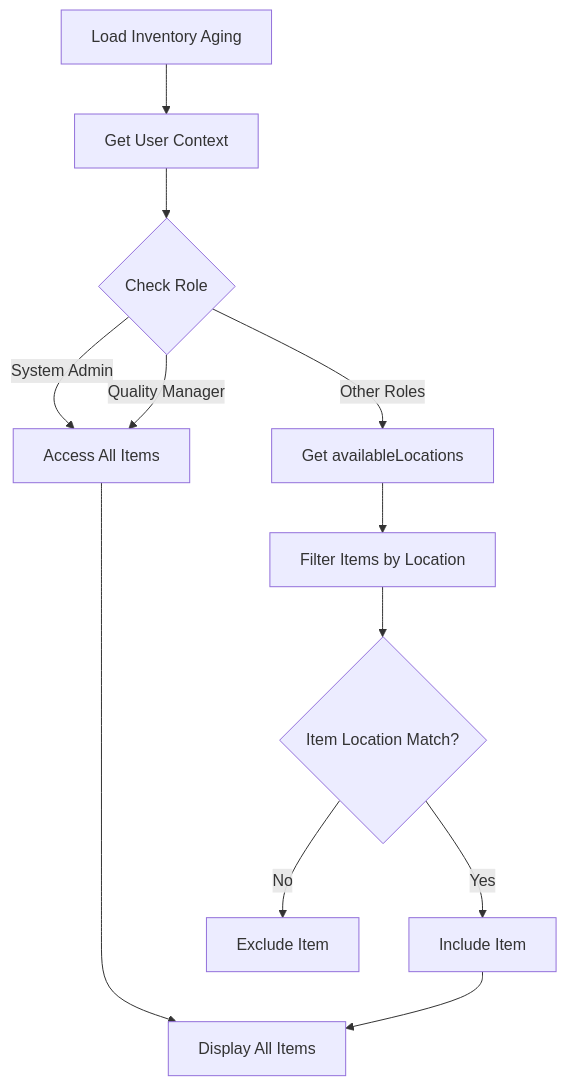
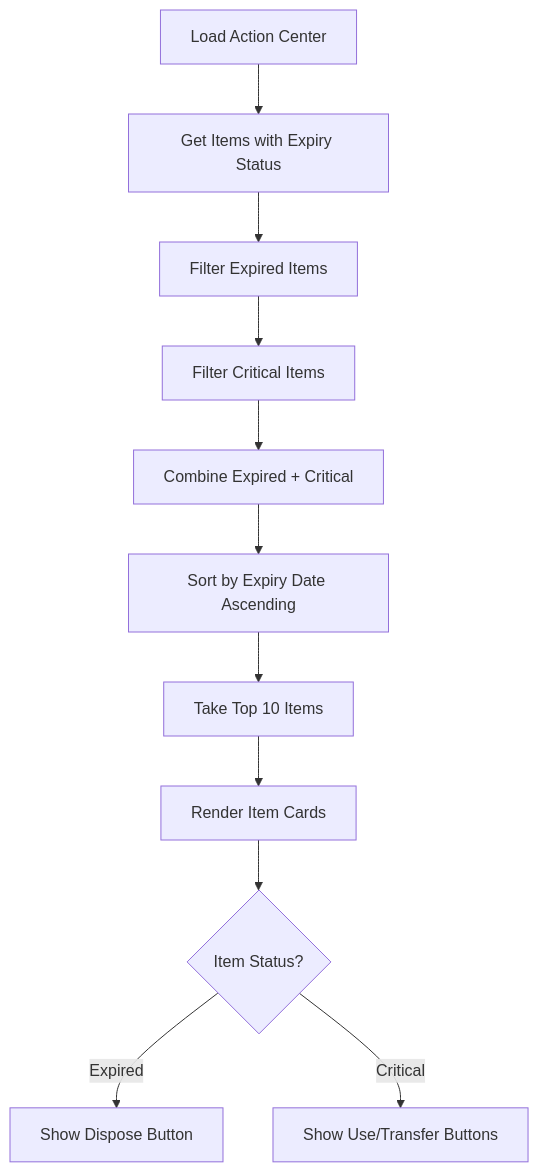
Diagram 17 of 23 in docs/app/inventory-management/stock-overview/inventory-aging/FD-inventory-aging.md (PeakMNA/carmen), drawn with Mermaid before and after one commit. The commit also changed other lines of this file and 473 other files, not shown here.

````diff
--- a/docs/app/inventory-management/stock-overview/inventory-aging/FD-inventory-aging.md
+++ b/docs/app/inventory-management/stock-overview/inventory-aging/FD-inventory-aging.md
@@ -276,14 +364,13 @@
 ```mermaid
-flowchart TD
-    A[Load Inventory Aging] --> B[Get User Context]
-    B --> C{Check Role}
-    C -->|System Admin| D[Access All Items]
-    C -->|Quality Manager| D
-    C -->|Other Roles| E[Get availableLocations]
-    E --> F[Filter Items by Location]
-    F --> G{Item Location Match?}
-    G -->|Yes| H[Include Item]
-    G -->|No| I[Exclude Item]
-    D --> J[Display All Items]
-    H --> J
+graph TD
+    A[Load Action Center] --> B[Get Items with Expiry Status]
+    B --> C[Filter Expired Items]
+    C --> D[Filter Critical Items]
+    D --> E[Combine Expired + Critical]
+    E --> F[Sort by Expiry Date Ascending]
+    F --> G[Take Top 10 Items]
+    G --> H[Render Item Cards]
+    H --> I{Item Status?}
+    I -->|Expired| J[Show Dispose Button]
+    I -->|Critical| K[Show Use/Transfer Buttons]
 ```
````
